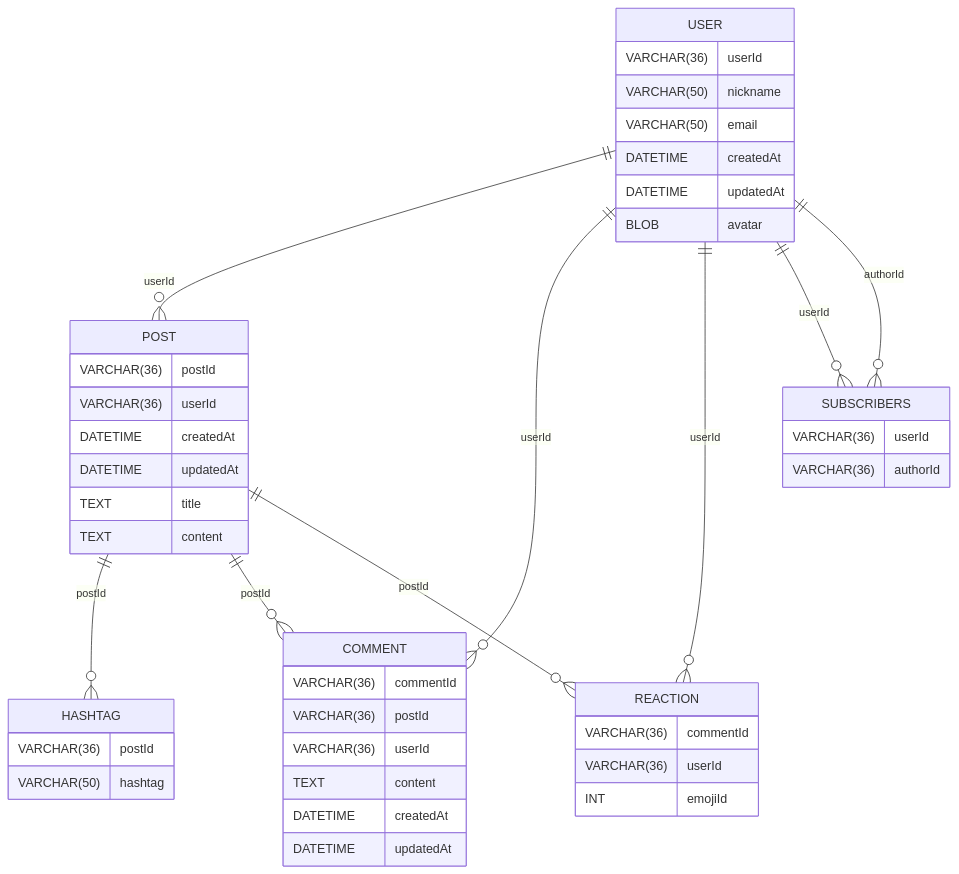
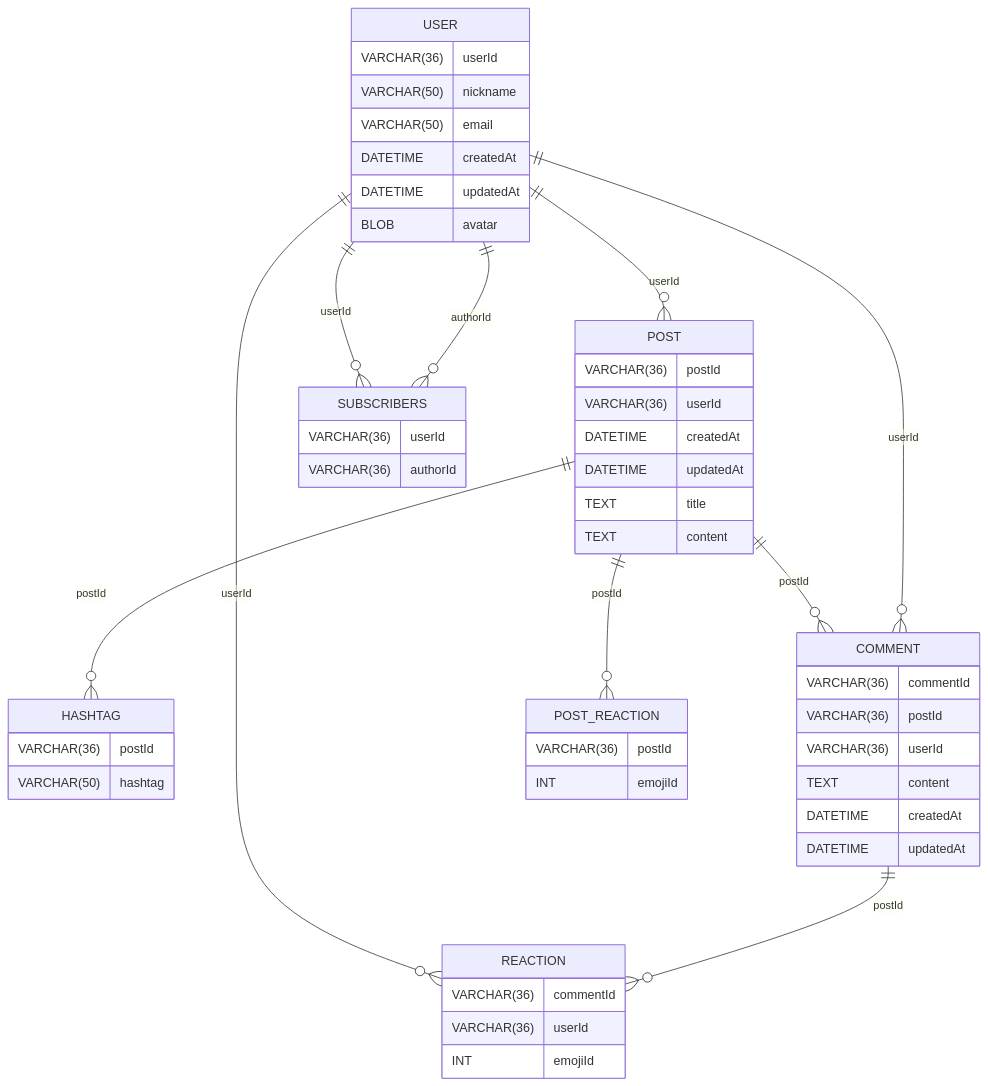
One commit to glebocrew/LebiNetX changed the diagram in prospect/mariadb.md. Above: the diagram before and after it, drawn with Mermaid.

````diff
--- a/prospect/mariadb.md
+++ b/prospect/mariadb.md
@@ -8,49 +8,54 @@
 ```mermaid
 erDiagram
     USER ||--o{ POST: userId
     POST ||--o{ HASHTAG: postId
     POST ||--o{ COMMENT: postId
     USER ||--o{ COMMENT: userId
     USER ||--o{ REACTION: userId
-    POST ||--o{ REACTION: postId 
+    COMMENT ||--o{ REACTION: postId 
+    POST ||--o{ POST_REACTION: postId 
     USER ||--o{ SUBSCRIBERS: userId
     USER ||--o{ SUBSCRIBERS: authorId
     USER{
         VARCHAR(36) userId
         VARCHAR(50) nickname
         VARCHAR(50) email
         DATETIME createdAt
         DATETIME updatedAt
         BLOB avatar
     }
     POST{
         VARCHAR(36) postId
         VARCHAR(36) userId
         DATETIME createdAt
         DATETIME updatedAt
         TEXT title
         TEXT content
     }
     HASHTAG{
         VARCHAR(36) postId
         VARCHAR(50) hashtag
     }
     COMMENT{
         VARCHAR(36) commentId
         VARCHAR(36) postId
         VARCHAR(36) userId
         TEXT content
         DATETIME createdAt
         DATETIME updatedAt
     }
 
     REACTION{
         VARCHAR(36) commentId
         VARCHAR(36) userId
         INT emojiId
     }
     SUBSCRIBERS{
         VARCHAR(36) userId
         VARCHAR(36) authorId
     }
+    POST_REACTION{
+        VARCHAR(36) postId
+        INT emojiId
+    }
 ```
````
